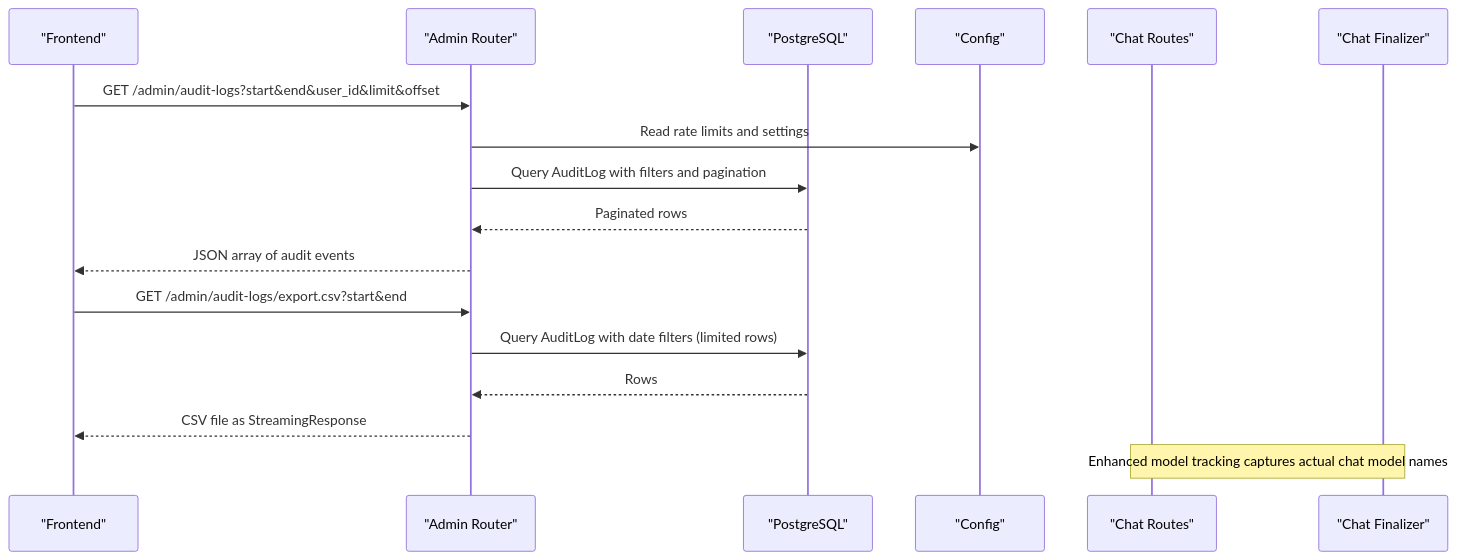
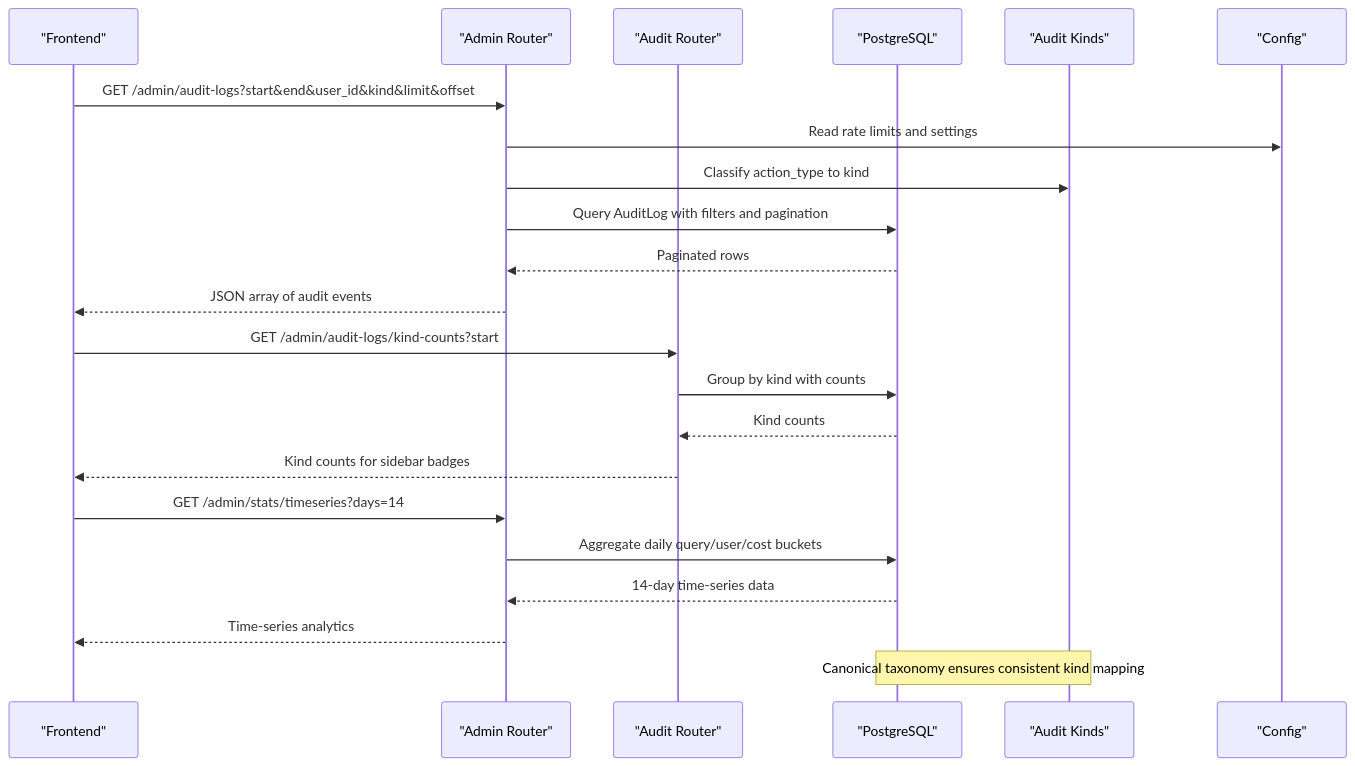
One commit to genes8/private-ai changed the second of 12 diagrams in .qoder/repowiki/en/content/API Reference/Administrative API/Audit and Monitoring API.md. Above: the diagram before and after it, drawn with Mermaid. The commit also changed other lines of this file and 36 other files, not shown here.

````diff
--- a/.qoder/repowiki/en/content/API Reference/Administrative API/Audit and Monitoring API.md
+++ b/.qoder/repowiki/en/content/API Reference/Administrative API/Audit and Monitoring API.md
@@ -144,19 +170,24 @@
 ```mermaid
 sequenceDiagram
 participant FE as "Frontend"
 participant API as "Admin Router"
+participant AUDR as "Audit Router"
 participant DB as "PostgreSQL"
+participant KINDS as "Audit Kinds"
 participant CFG as "Config"
-participant CR as "Chat Routes"
-participant CF as "Chat Finalizer"
-FE->>API : GET /admin/audit-logs?start&end&user_id&limit&offset
+FE->>API : GET /admin/audit-logs?start&end&user_id&kind&limit&offset
 API->>CFG : Read rate limits and settings
+API->>KINDS : Classify action_type to kind
 API->>DB : Query AuditLog with filters and pagination
 DB-->>API : Paginated rows
 API-->>FE : JSON array of audit events
-FE->>API : GET /admin/audit-logs/export.csv?start&end
-API->>DB : Query AuditLog with date filters (limited rows)
-DB-->>API : Rows
-API-->>FE : CSV file as StreamingResponse
-Note over CR,CF : Enhanced model tracking captures actual chat model names
+FE->>AUDR : GET /admin/audit-logs/kind-counts?start
+AUDR->>DB : Group by kind with counts
+DB-->>AUDR : Kind counts
+AUDR-->>FE : Kind counts for sidebar badges
+FE->>API : GET /admin/stats/timeseries?days=14
+API->>DB : Aggregate daily query/user/cost buckets
+DB-->>API : 14-day time-series data
+API-->>FE : Time-series analytics
+Note over KINDS,DB : Canonical taxonomy ensures consistent kind mapping
 ```
````
